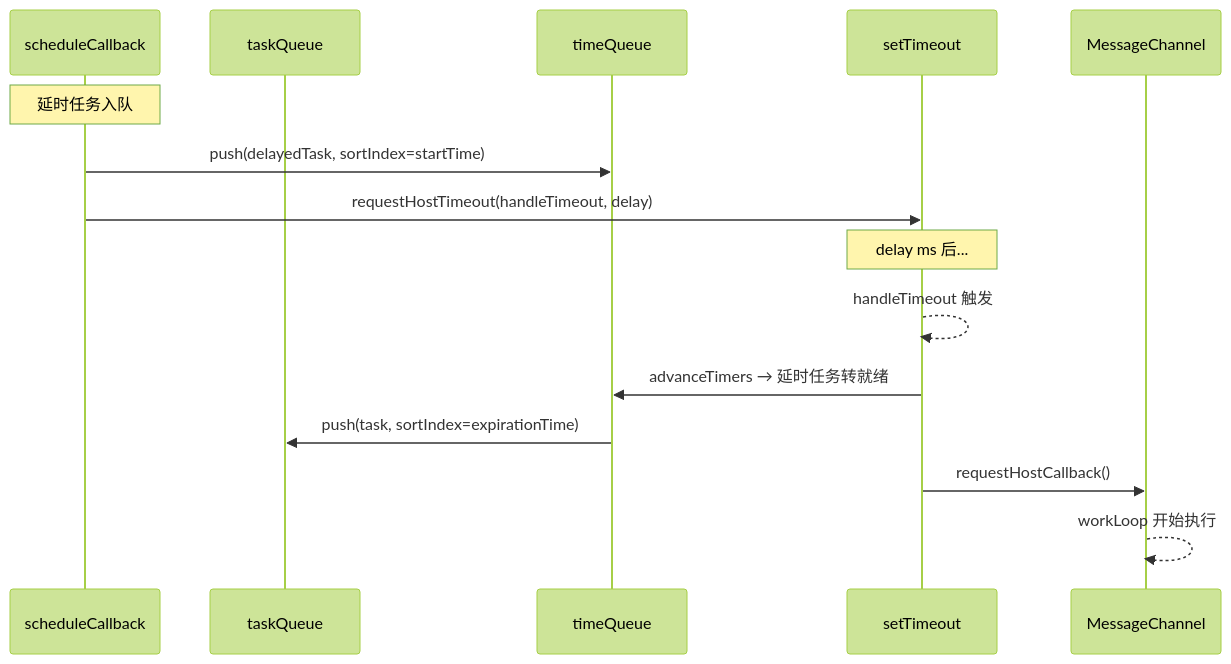
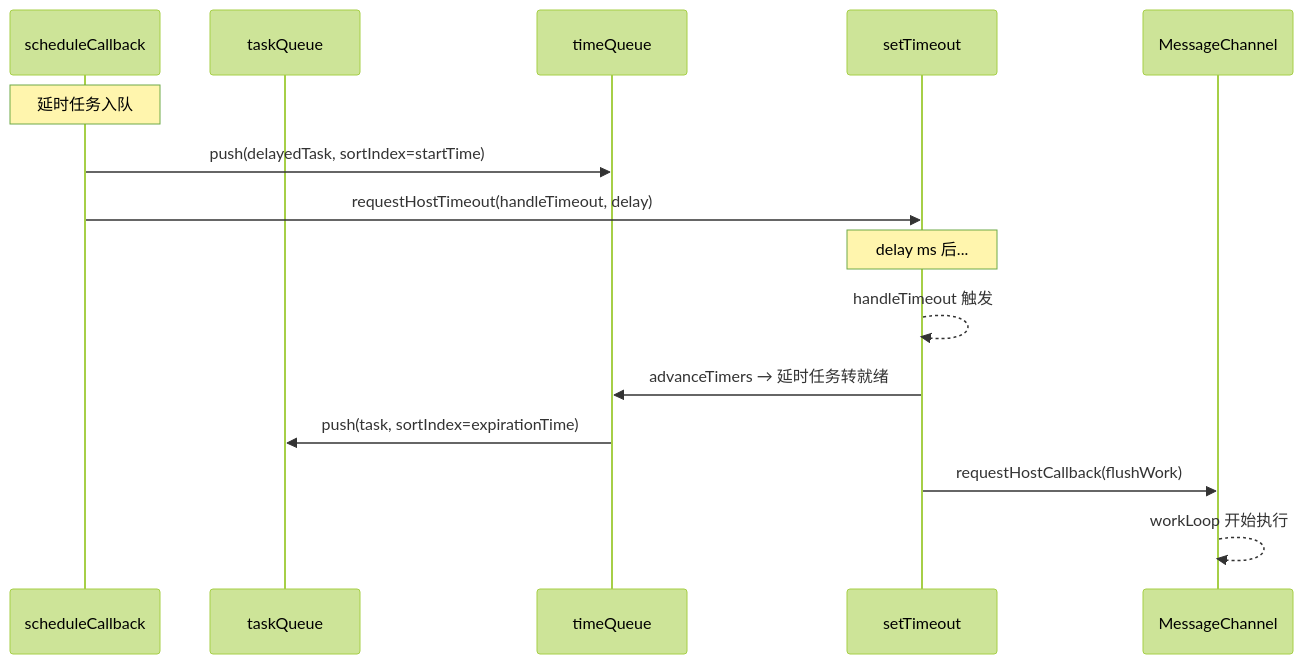
The fifth of 7 diagrams in apps/docs/frameworks/react/advanced/source-code/scheduler.md (sentibeitaokong/CoreFront-EndConcepts), drawn with Mermaid (forest theme) before and after one commit. The commit also changed other lines of this file and 83 other files, not shown here.

````diff
--- a/apps/docs/frameworks/react/advanced/source-code/scheduler.md
+++ b/apps/docs/frameworks/react/advanced/source-code/scheduler.md
@@ -1120,19 +1178,19 @@
 ```mermaid
 sequenceDiagram
     participant SC as scheduleCallback
     participant TQ as taskQueue
     participant TMQ as timeQueue
     participant ST as setTimeout
     participant MC as MessageChannel
 
     Note over SC: 延时任务入队
     SC->>TMQ: push(delayedTask, sortIndex=startTime)
     SC->>ST: requestHostTimeout(handleTimeout, delay)
 
     Note over ST: delay ms 后...
     ST-->>ST: handleTimeout 触发
     ST->>TMQ: advanceTimers → 延时任务转就绪
     TMQ->>TQ: push(task, sortIndex=expirationTime)
-    ST->>MC: requestHostCallback()
+    ST->>MC: requestHostCallback(flushWork)
     MC-->>MC: workLoop 开始执行
 ```
````
